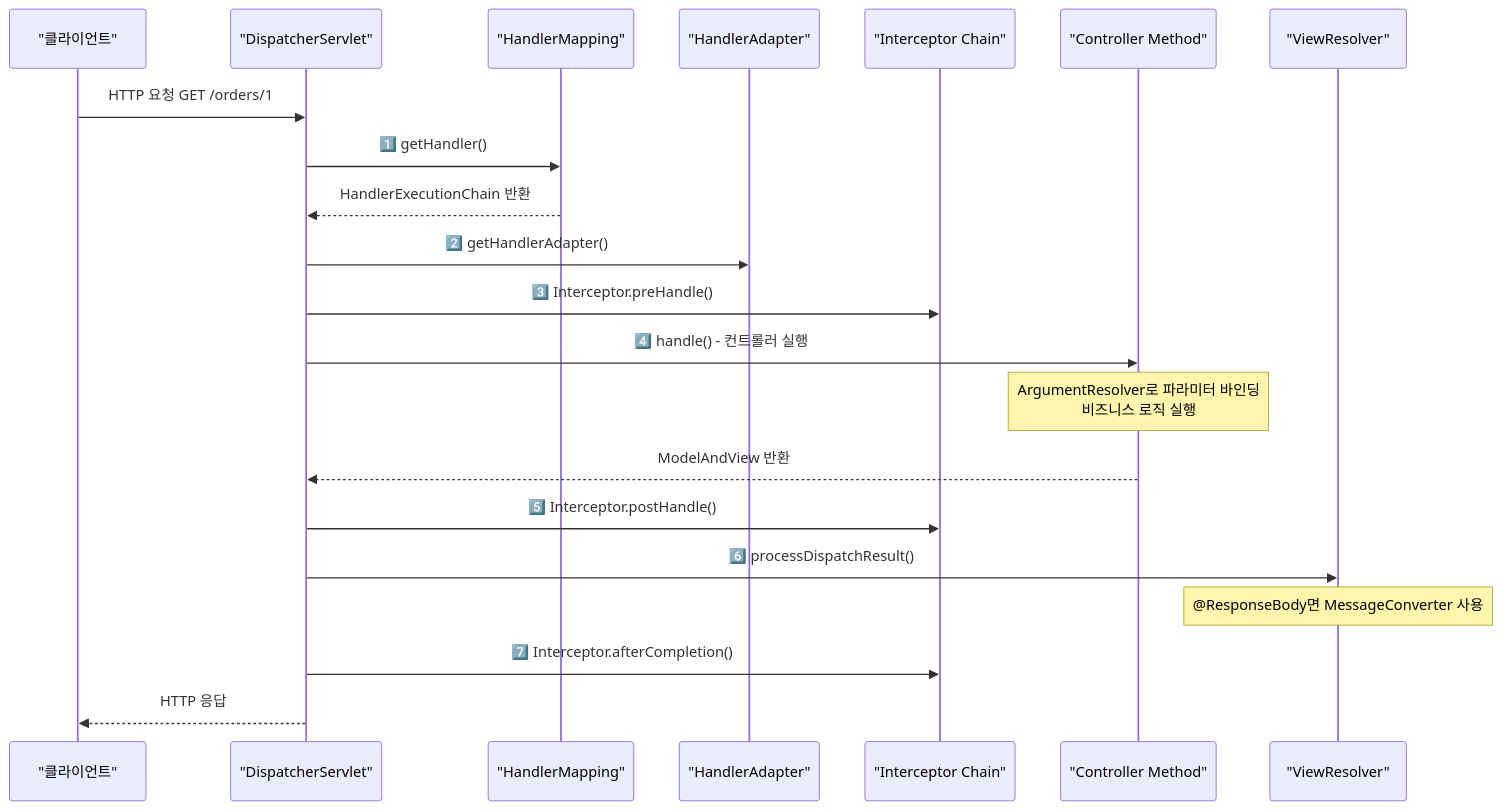
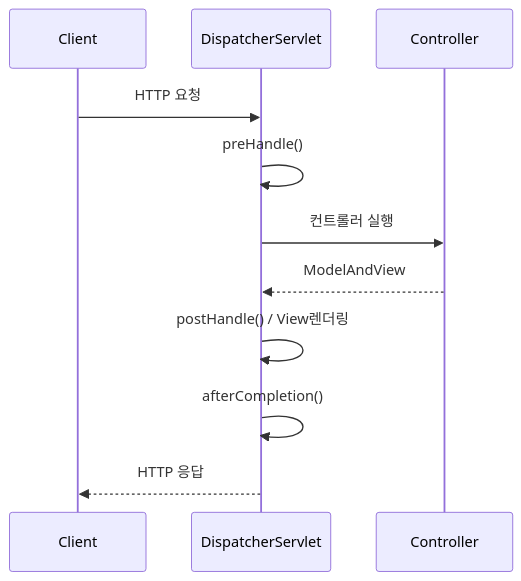
The third of 6 diagrams in _posts/spring/2026-05-01-spring-mvc.md (yjkim2015/yjkim2015.github.io), drawn with Mermaid before and after one commit. The commit also changed 215 other files, not shown here.

First line of the commit message:
신규 포스트 10개 추가 + Mermaid 전면 축소 + SystemDesign 시리즈 보강

````diff
--- a/_posts/spring/2026-05-01-spring-mvc.md
+++ b/_posts/spring/2026-05-01-spring-mvc.md
@@ -57,24 +57,13 @@
 ```mermaid
 sequenceDiagram
-    participant C as "클라이언트"
-    participant DS as "DispatcherServlet"
-    participant HM as "HandlerMapping"
-    participant HA as "HandlerAdapter"
-    participant IC as "Interceptor Chain"
-    participant CM as "Controller Method"
-    participant VR as "ViewResolver"
-
-    C->>DS: HTTP 요청 GET /orders/1
-    DS->>HM: 1️⃣ getHandler()
-    HM-->>DS: HandlerExecutionChain 반환
-    DS->>HA: 2️⃣ getHandlerAdapter()
-    DS->>IC: 3️⃣ Interceptor.preHandle()
-    DS->>CM: 4️⃣ handle() - 컨트롤러 실행
-    Note over CM: ArgumentResolver로 파라미터 바인딩<br>비즈니스 로직 실행
-    CM-->>DS: ModelAndView 반환
-    DS->>IC: 5️⃣ Interceptor.postHandle()
-    DS->>VR: 6️⃣ processDispatchResult()
-    Note over VR: @ResponseBody면 MessageConverter 사용
-    DS->>IC: 7️⃣ Interceptor.afterCompletion()
+    participant C as Client
+    participant DS as DispatcherServlet
+    participant CM as Controller
+    C->>DS: HTTP 요청
+    DS->>DS: preHandle()
+    DS->>CM: 컨트롤러 실행
+    CM-->>DS: ModelAndView
+    DS->>DS: postHandle() / View렌더링
+    DS->>DS: afterCompletion()
     DS-->>C: HTTP 응답
 ```
````
